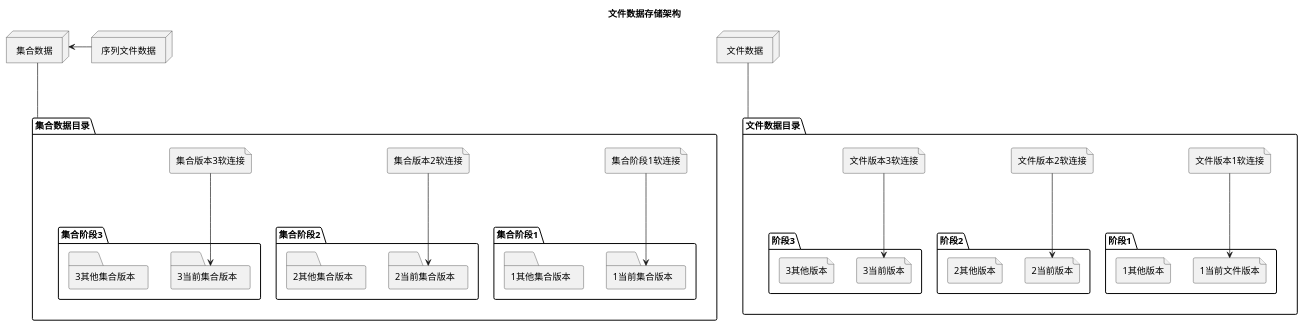
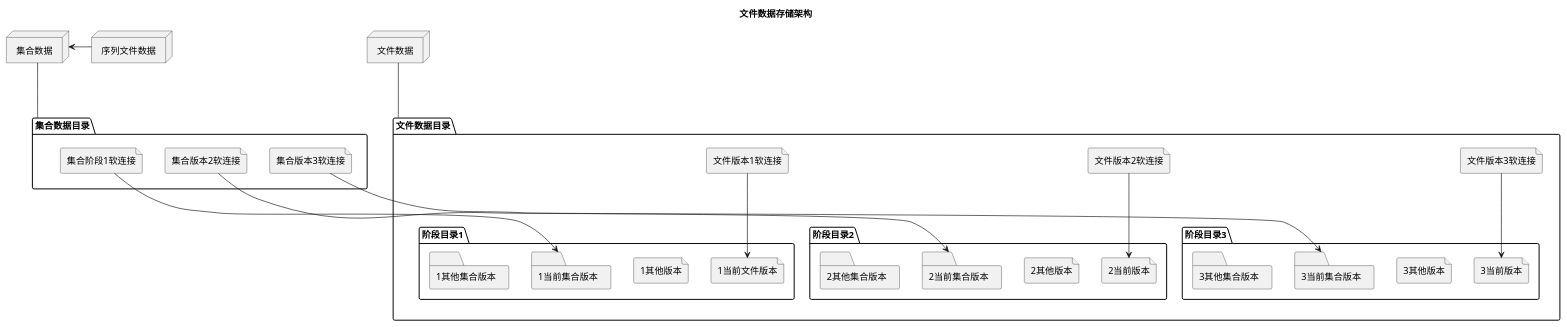
The diagram in documents/数据系统/文件数据组织架构.puml (cashmerepipeline/cashmere_core), drawn with PlantUML before and after one commit. The commit also changed 38 other files, not shown here.

```diff
--- a/documents/数据系统/文件数据组织架构.puml
+++ b/documents/数据系统/文件数据组织架构.puml
@@ -1,59 +1,59 @@
 @startuml
 
 title 文件数据存储架构
 
 node 文件数据{
 
 }
 node 集合数据
 node 序列文件数据
 
 folder 文件数据目录{
     file 文件版本1软连接
     file 文件版本2软连接
     file 文件版本3软连接
 
-    folder 阶段1{
+    folder 阶段目录1{
         file 1当前文件版本
         file 1其他版本
     }
-    folder 阶段2{
+    folder 阶段目录2{
         file 2当前版本
         file 2其他版本
     }
-    folder 阶段3{
+    folder 阶段目录3{
         file 3当前版本
         file 3其他版本
     }
 }
 
 folder 集合数据目录{
     file 集合阶段1软连接
     file 集合版本2软连接
     file 集合版本3软连接
 
-    folder 集合阶段1{
+    folder 阶段目录1{
         folder 1当前集合版本
         folder 1其他集合版本
     }
-    folder 集合阶段2{
+    folder 阶段目录2{
         folder 2当前集合版本
         folder 2其他集合版本
     }
-    folder 集合阶段3{
+    folder 阶段目录3{
         folder 3当前集合版本
         folder 3其他集合版本
     }
 }
 
 文件数据 --- 文件数据目录
 文件版本1软连接 ---> 1当前文件版本
 文件版本2软连接 ---> 2当前版本
 文件版本3软连接 ---> 3当前版本
 
 集合数据 <- 序列文件数据
 集合数据 --- 集合数据目录
 集合阶段1软连接 ---> 1当前集合版本
 集合版本2软连接 ---> 2当前集合版本
 集合版本3软连接 ---> 3当前集合版本
 @enduml
```
